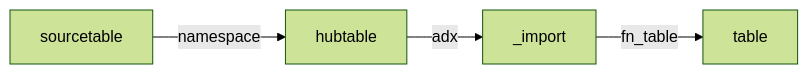
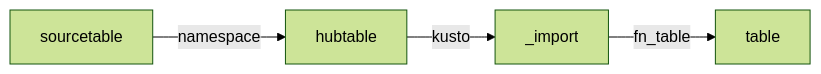
The diagram in README.md (hfleitas/polarbear), drawn with Mermaid (forest theme) before and after one commit.

````diff
--- a/README.md
+++ b/README.md
@@ -5,6 +5,6 @@
 ```mermaid
 graph LR
    sourcetable--> |namespace| hubtable
-   hubtable--> |adx| _import
+   hubtable--> |kusto| _import
    _import-->|fn_table| table
 ```
````
